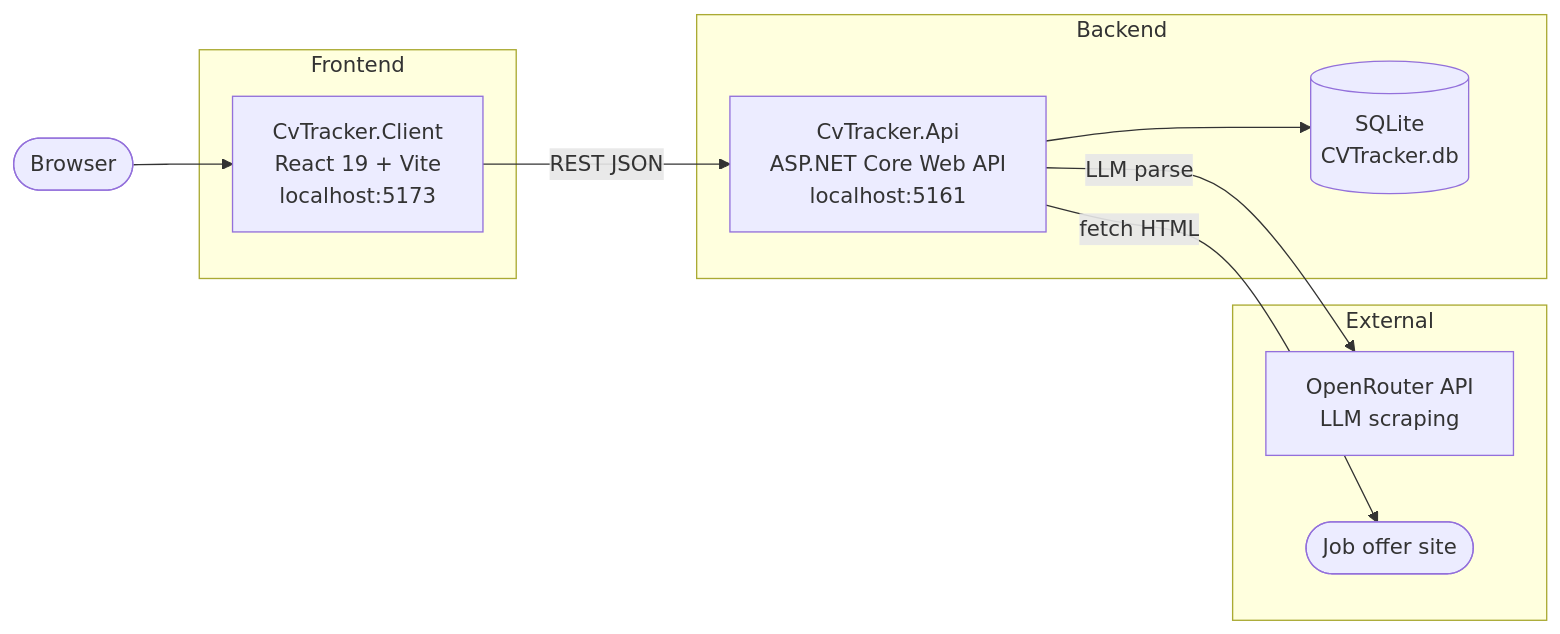
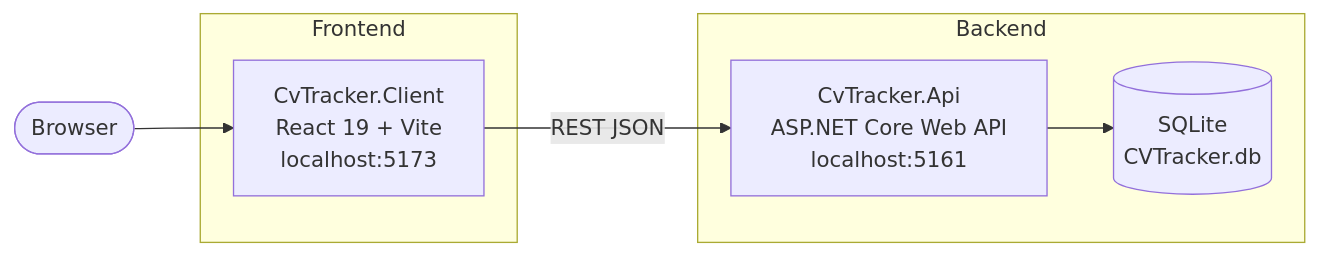
The diagram in docs/ARCHITECTURE.md (KacperKotecki/CV-Tracker), drawn with Mermaid before and after one commit. The commit also changed other lines of this file and 3 other files, not shown here.

````diff
--- a/docs/ARCHITECTURE.md
+++ b/docs/ARCHITECTURE.md
@@ -7,24 +7,17 @@
 ```mermaid
 flowchart LR
     Browser([Browser])
 
     subgraph Frontend
         React[CvTracker.Client<br/>React 19 + Vite<br/>localhost:5173]
     end
 
     subgraph Backend
         Api[CvTracker.Api<br/>ASP.NET Core Web API<br/>localhost:5161]
         DB[(SQLite<br/>CVTracker.db)]
     end
 
-    subgraph External
-        OR[OpenRouter API<br/>LLM scraping]
-        JobSite([Job offer site])
-    end
-
     Browser --> React
     React -- REST JSON --> Api
     Api --> DB
-    Api -- fetch HTML --> JobSite
-    Api -- LLM parse --> OR
 ```
````
